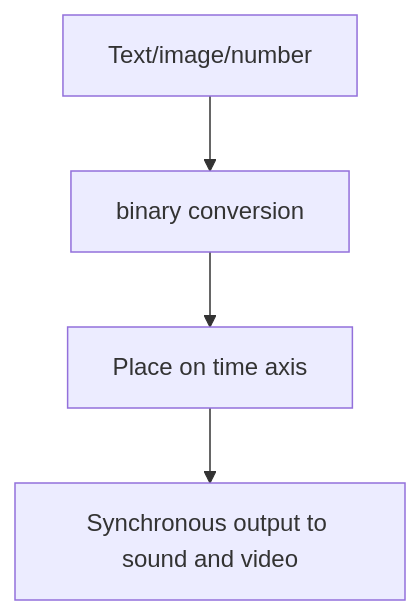
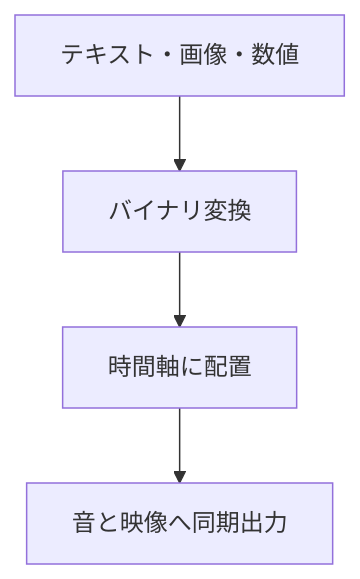
The fourth of 8 diagrams in en/_posts/2026-04-18-column-ryoji-ikeda.md (monumental-movement/monumental-movement.github.io), drawn with Mermaid before and after one commit. The commit also changed other lines of this file and 2196 other files, not shown here.

```diff
--- a/en/_posts/2026-04-18-column-ryoji-ikeda.md
+++ b/en/_posts/2026-04-18-column-ryoji-ikeda.md
@@ -149,6 +149,6 @@
 <div class="mermaid">
 graph TD
-A[Text/image/number] --> B[binary conversion]
-B --> C[Place on time axis]
-C --> D[Synchronous output to sound and video]
+A[テキスト・画像・数値] --> B[バイナリ変換]
+B --> C[時間軸に配置]
+C --> D[音と映像へ同期出力]
 </div>
```
